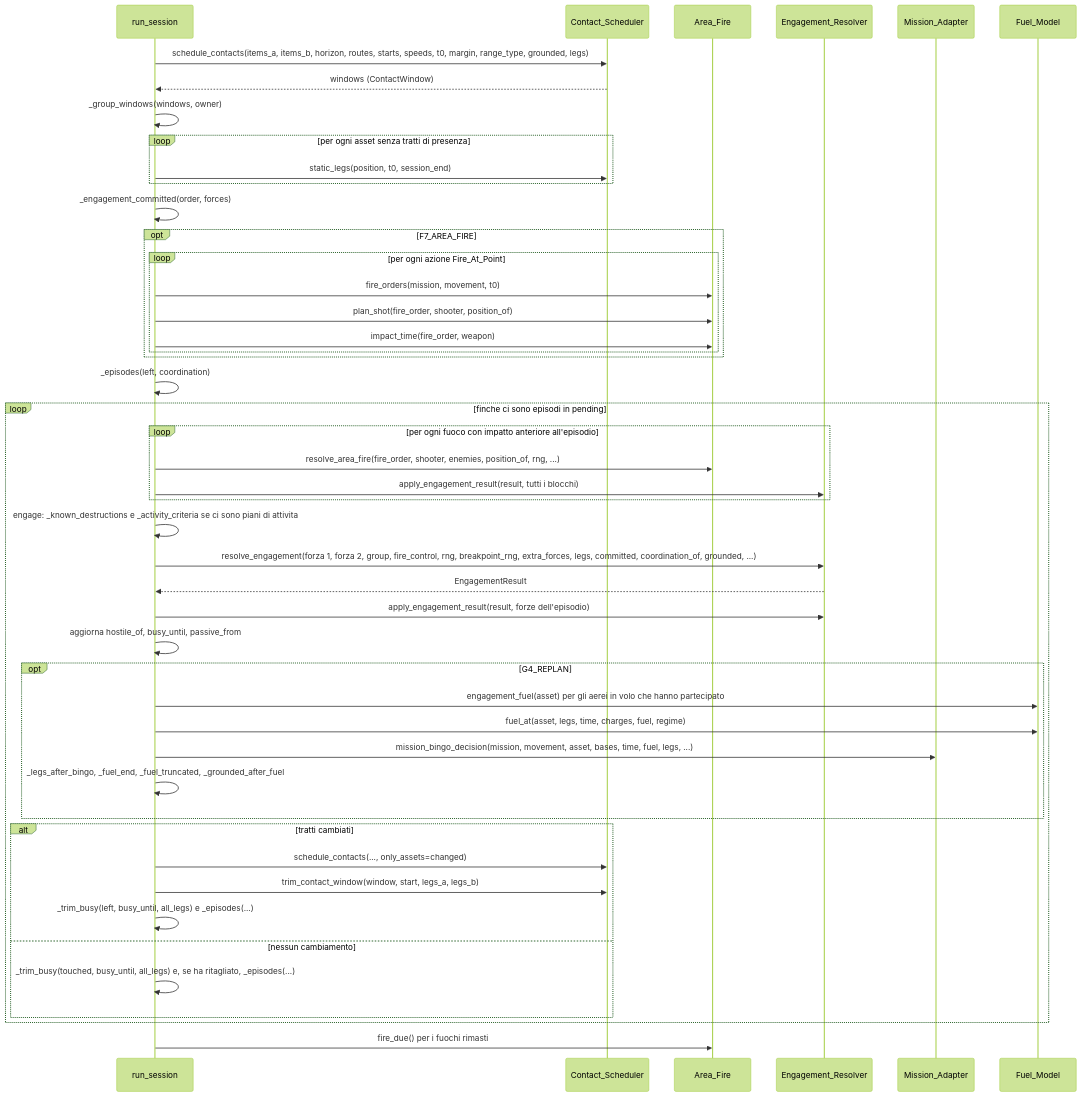
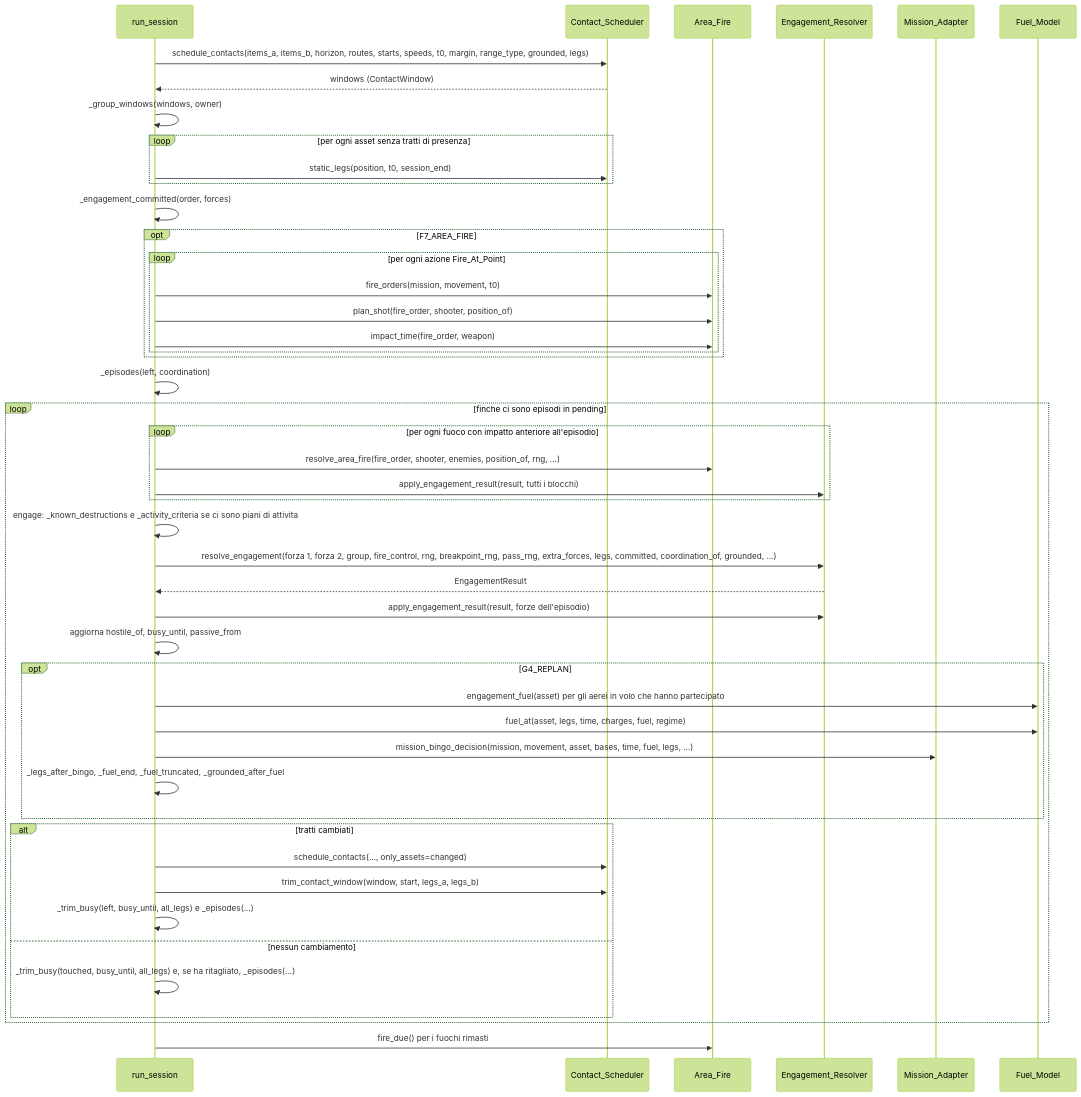
Before and after one commit to MakusIV/Warfare-Model: the ninth of 10 diagrams in Analysis/Document/Manuale_Motore_DES/11_Atlante_Diagrammi.md, drawn with Mermaid (forest theme). The commit also changed other lines of this file and 11 other files, not shown here.

````diff
--- a/Analysis/Document/Manuale_Motore_DES/11_Atlante_Diagrammi.md
+++ b/Analysis/Document/Manuale_Motore_DES/11_Atlante_Diagrammi.md
@@ -839,49 +845,49 @@
 ```mermaid
 sequenceDiagram
     participant RS as run_session
     participant CS as Contact_Scheduler
     participant AF as Area_Fire
     participant ER as Engagement_Resolver
     participant MA as Mission_Adapter
     participant FM as Fuel_Model
     RS->>CS: schedule_contacts(items_a, items_b, horizon, routes, starts, speeds, t0, margin, range_type, grounded, legs)
     CS-->>RS: windows (ContactWindow)
     RS->>RS: _group_windows(windows, owner)
     loop per ogni asset senza tratti di presenza
         RS->>CS: static_legs(position, t0, session_end)
     end
     RS->>RS: _engagement_committed(order, forces)
     opt F7_AREA_FIRE
         loop per ogni azione Fire_At_Point
             RS->>AF: fire_orders(mission, movement, t0)
             RS->>AF: plan_shot(fire_order, shooter, position_of)
             RS->>AF: impact_time(fire_order, weapon)
         end
     end
     RS->>RS: _episodes(left, coordination)
     loop finche ci sono episodi in pending
         loop per ogni fuoco con impatto anteriore all'episodio
             RS->>AF: resolve_area_fire(fire_order, shooter, enemies, position_of, rng, ...)
             RS->>ER: apply_engagement_result(result, tutti i blocchi)
         end
         RS->>RS: engage: _known_destructions e _activity_criteria se ci sono piani di attivita
-        RS->>ER: resolve_engagement(forza 1, forza 2, group, fire_control, rng, breakpoint_rng, extra_forces, legs, committed, coordination_of, grounded, ...)
+        RS->>ER: resolve_engagement(forza 1, forza 2, group, fire_control, rng, breakpoint_rng, pass_rng, extra_forces, legs, committed, coordination_of, grounded, ...)
         ER-->>RS: EngagementResult
         RS->>ER: apply_engagement_result(result, forze dell'episodio)
         RS->>RS: aggiorna hostile_of, busy_until, passive_from
         opt G4_REPLAN
             RS->>FM: engagement_fuel(asset) per gli aerei in volo che hanno partecipato
             RS->>FM: fuel_at(asset, legs, time, charges, fuel, regime)
             RS->>MA: mission_bingo_decision(mission, movement, asset, bases, time, fuel, legs, ...)
             RS->>RS: _legs_after_bingo, _fuel_end, _fuel_truncated, _grounded_after_fuel
         end
         alt tratti cambiati
             RS->>CS: schedule_contacts(..., only_assets=changed)
             RS->>CS: trim_contact_window(window, start, legs_a, legs_b)
             RS->>RS: _trim_busy(left, busy_until, all_legs) e _episodes(...)
         else nessun cambiamento
             RS->>RS: _trim_busy(touched, busy_until, all_legs) e, se ha ritagliato, _episodes(...)
         end
     end
     RS->>AF: fire_due() per i fuochi rimasti
 ```
````
